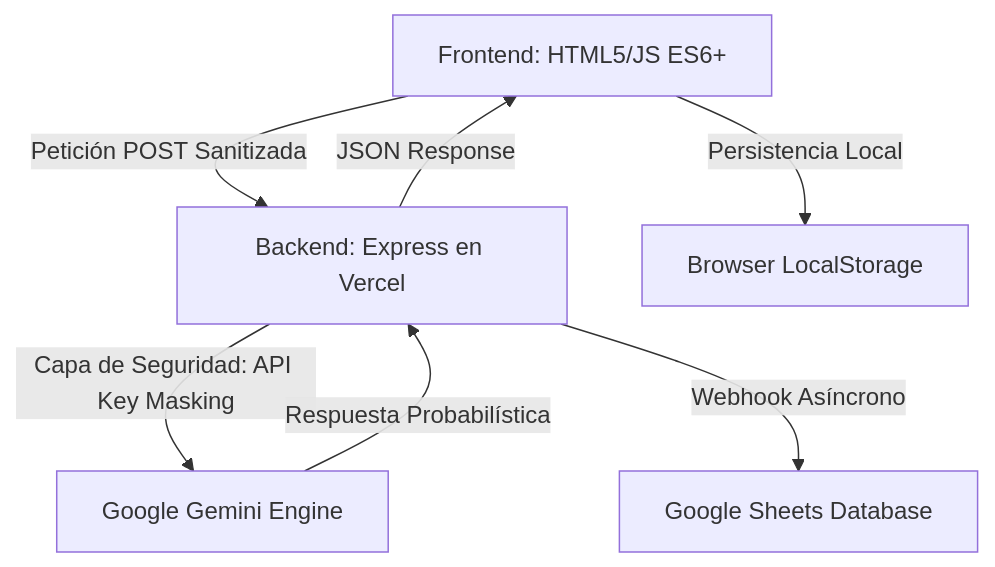
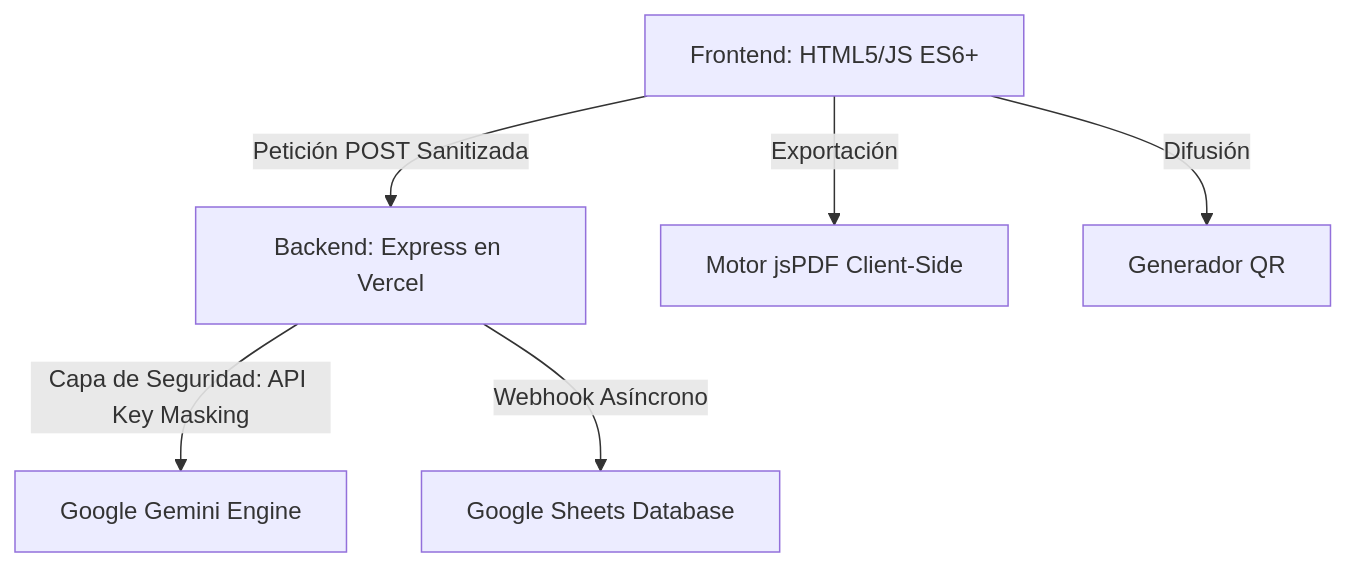
One commit to jjho05/build-with-ai-itcm changed the diagram in README.md. Above: the diagram before and after it, drawn with Mermaid. The commit also changed other lines of this file, not shown here.

````diff
--- a/README.md
+++ b/README.md
@@ -113,9 +108,8 @@
 ```mermaid
 graph TD
     A[Frontend: HTML5/JS ES6+] -->|Petición POST Sanitizada| B[Backend: Express en Vercel]
     B -->|Capa de Seguridad: API Key Masking| C[Google Gemini Engine]
     B -->|Webhook Asíncrono| D[Google Sheets Database]
-    A -->|Persistencia Local| E[Browser LocalStorage]
-    C -->|Respuesta Probabilística| B
-    B -->|JSON Response| A
+    A -->|Exportación| F[Motor jsPDF Client-Side]
+    A -->|Difusión| G[Generador QR]
 ```
````
